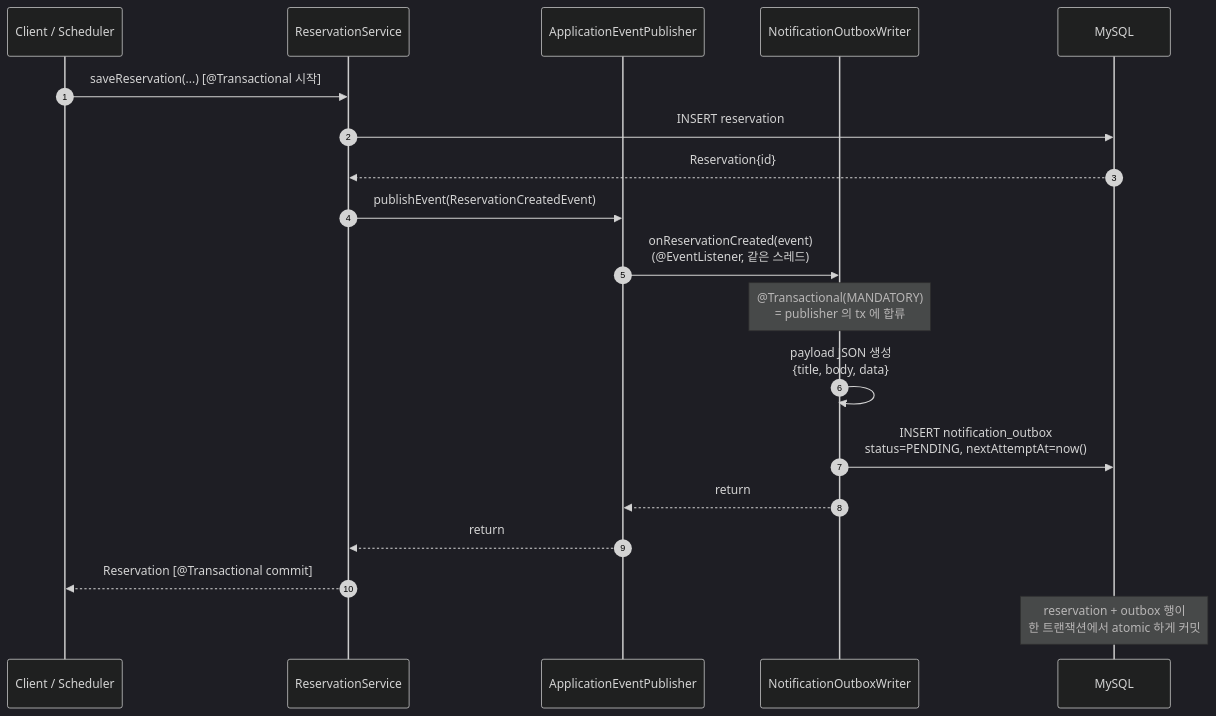
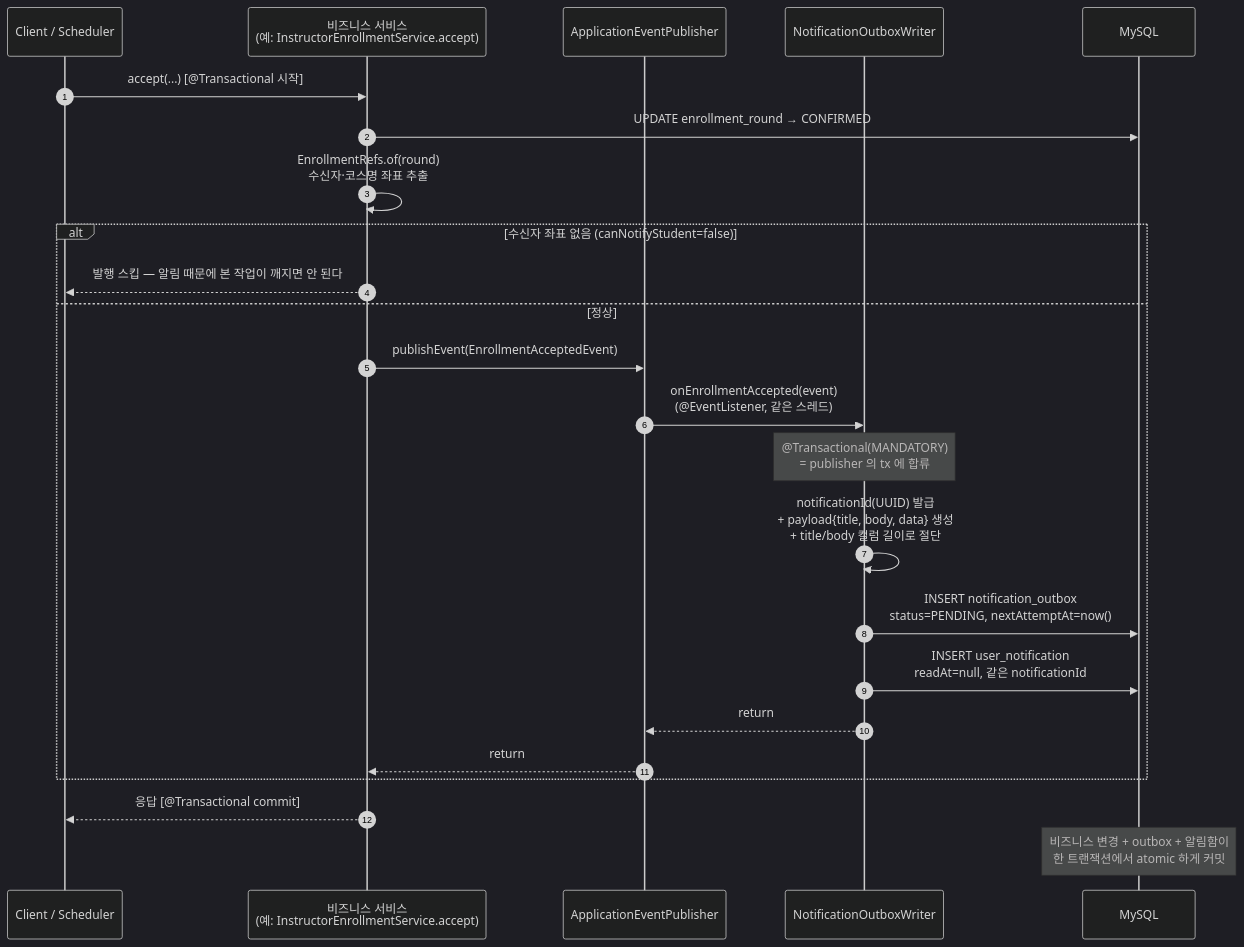
The second of 6 diagrams in docs/architecture/notification.md (pungdong/Pungdong-Backend), drawn with Mermaid (dark theme) before and after one commit. The commit also changed other lines of this file and 2 other files, not shown here.

````diff
--- a/docs/architecture/notification.md
+++ b/docs/architecture/notification.md
@@ -80,25 +93,28 @@
 ```mermaid
 sequenceDiagram
     autonumber
     participant Caller as Client / Scheduler
-    participant Biz as ReservationService
+    participant Biz as 비즈니스 서비스<br/>(예: InstructorEnrollmentService.accept)
     participant Pub as ApplicationEventPublisher
     participant Writer as NotificationOutboxWriter
     participant DB as MySQL
 
-    Caller->>Biz: saveReservation(...) [@Transactional 시작]
+    Caller->>Biz: accept(...) [@Transactional 시작]
 
-    Biz->>DB: INSERT reservation
-    DB-->>Biz: Reservation{id}
-
-    Biz->>Pub: publishEvent(ReservationCreatedEvent)
-    Pub->>Writer: onReservationCreated(event)<br/>(@EventListener, 같은 스레드)
-    Note over Writer: @Transactional(MANDATORY)<br/>= publisher 의 tx 에 합류
-    Writer->>Writer: payload JSON 생성<br/>{title, body, data}
-    Writer->>DB: INSERT notification_outbox<br/>status=PENDING, nextAttemptAt=now()
-
-    Writer-->>Pub: return
-    Pub-->>Biz: return
-    Biz-->>Caller: Reservation [@Transactional commit]
-    Note over DB: reservation + outbox 행이<br/>한 트랜잭션에서 atomic 하게 커밋
+    Biz->>DB: UPDATE enrollment_round → CONFIRMED
+    Biz->>Biz: EnrollmentRefs.of(round)<br/>수신자·코스명 좌표 추출
+    alt 수신자 좌표 없음 (canNotifyStudent=false)
+        Biz-->>Caller: 발행 스킵 — 알림 때문에 본 작업이 깨지면 안 된다
+    else 정상
+        Biz->>Pub: publishEvent(EnrollmentAcceptedEvent)
+        Pub->>Writer: onEnrollmentAccepted(event)<br/>(@EventListener, 같은 스레드)
+        Note over Writer: @Transactional(MANDATORY)<br/>= publisher 의 tx 에 합류
+        Writer->>Writer: notificationId(UUID) 발급<br/>+ payload{title, body, data} 생성<br/>+ title/body 컬럼 길이로 절단
+        Writer->>DB: INSERT notification_outbox<br/>status=PENDING, nextAttemptAt=now()
+        Writer->>DB: INSERT user_notification<br/>readAt=null, 같은 notificationId
+        Writer-->>Pub: return
+        Pub-->>Biz: return
+    end
+    Biz-->>Caller: 응답 [@Transactional commit]
+    Note over DB: 비즈니스 변경 + outbox + 알림함이<br/>한 트랜잭션에서 atomic 하게 커밋
 ```
````
